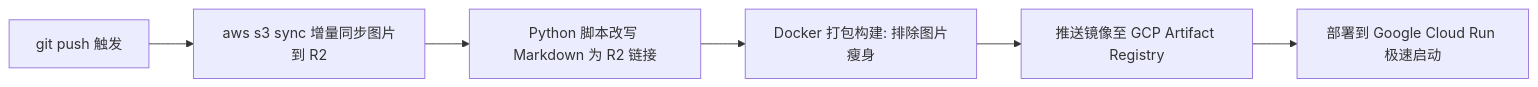
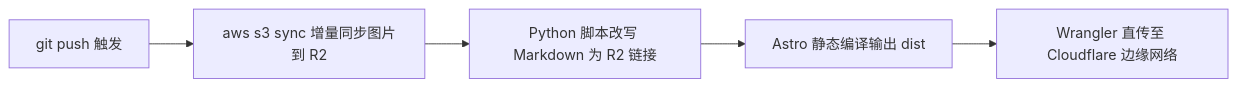
One commit to dustyat/blog changed the diagram in R2_SETUP.md. Above: the diagram before and after it, drawn with Mermaid. The commit also changed other lines of this file and 6 other files, not shown here.

Commit message:
chore: 清理 Google Cloud Run 冗余容器配置，更新文档与关于页面

````diff
--- a/R2_SETUP.md
+++ b/R2_SETUP.md
@@ -107,8 +107,7 @@
 ```mermaid
 flowchart LR
     A[git push 触发] --> B[aws s3 sync 增量同步图片到 R2]
     B --> C[Python 脚本改写 Markdown 为 R2 链接]
-    C --> D[Docker 打包构建: 排除图片瘦身]
-    D --> E[推送镜像至 GCP Artifact Registry]
-    E --> F[部署到 Google Cloud Run 极速启动]
+    C --> D[Astro 静态编译输出 dist]
+    D --> E[Wrangler 直传至 Cloudflare 边缘网络]
 ```
````
